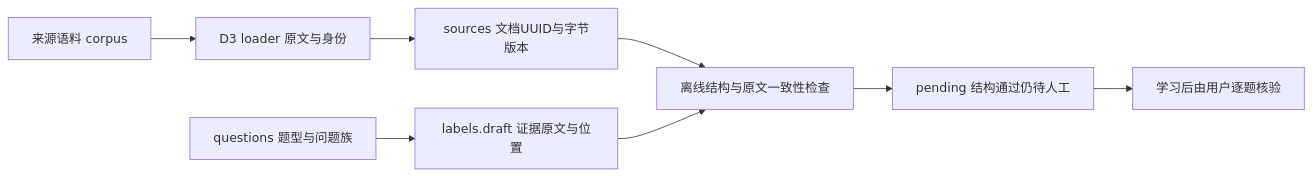
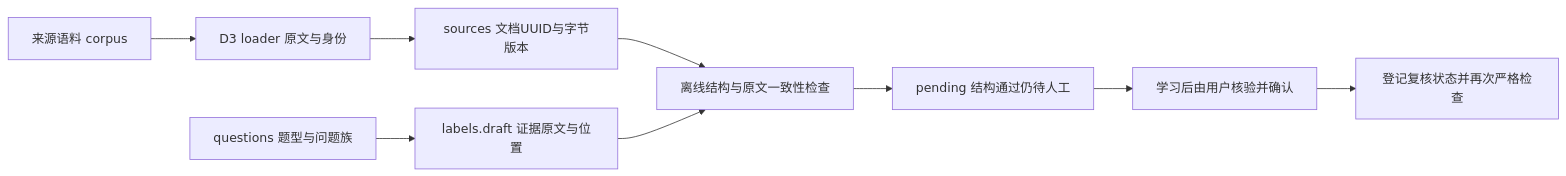
The second of 2 diagrams in docs/STUDY_NOTES.md (yan-ye-dhy/project-copilot), drawn with Mermaid before and after one commit. The commit also changed other lines of this file and 9 other files, not shown here.

````diff
--- a/docs/STUDY_NOTES.md
+++ b/docs/STUDY_NOTES.md
@@ -190,10 +190,11 @@
 ```mermaid
 flowchart LR
     C[来源语料 corpus] --> L[D3 loader 原文与身份]
     L --> S[sources 文档UUID与字节版本]
     Q[questions 题型与问题族] --> E[labels.draft 证据原文与位置]
     S --> V[离线结构与原文一致性检查]
     E --> V
     V --> P[pending 结构通过仍待人工]
-    P --> H[学习后由用户逐题核验]
+    P --> H[学习后由用户核验并确认]
+    H --> R[登记复核状态并再次严格检查]
 ```
````
